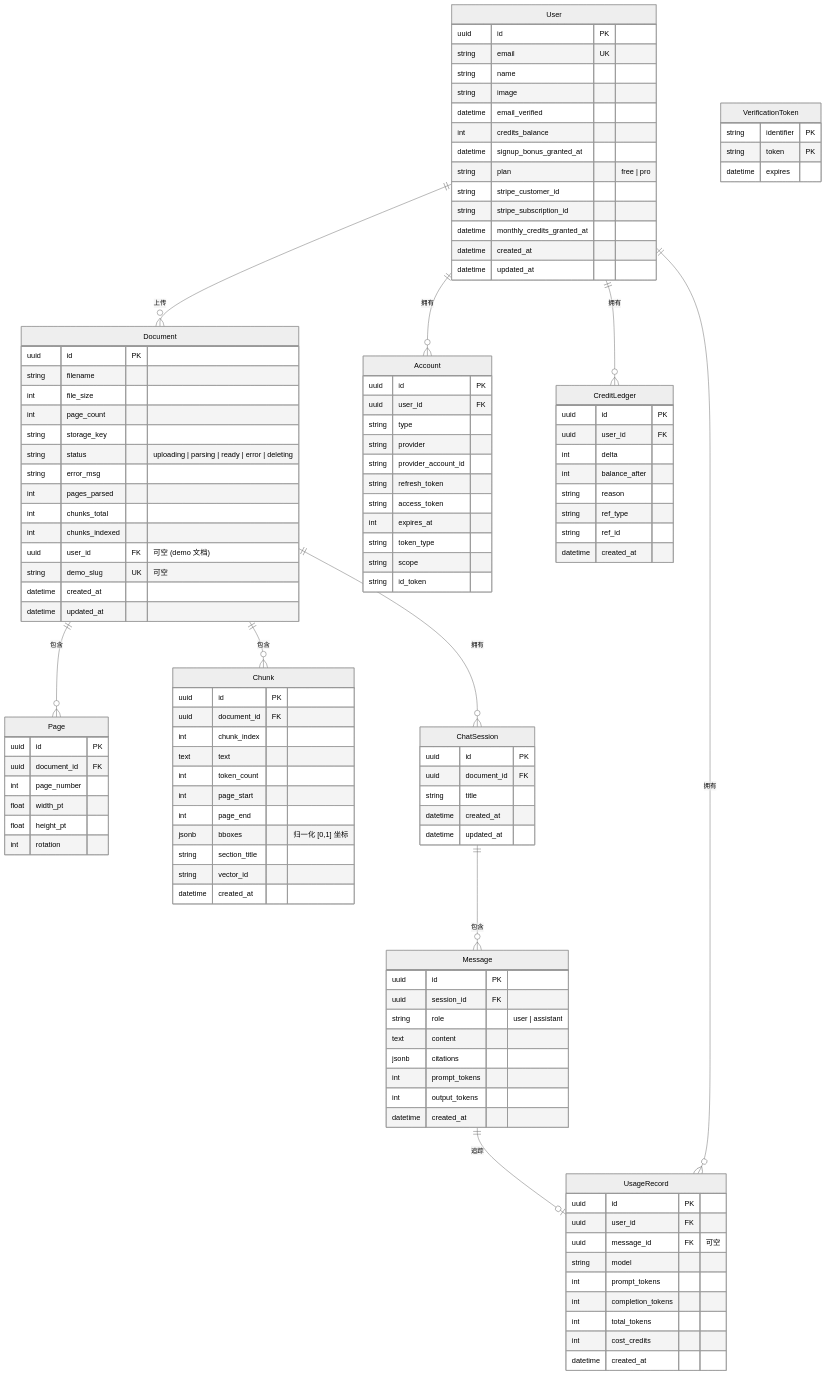
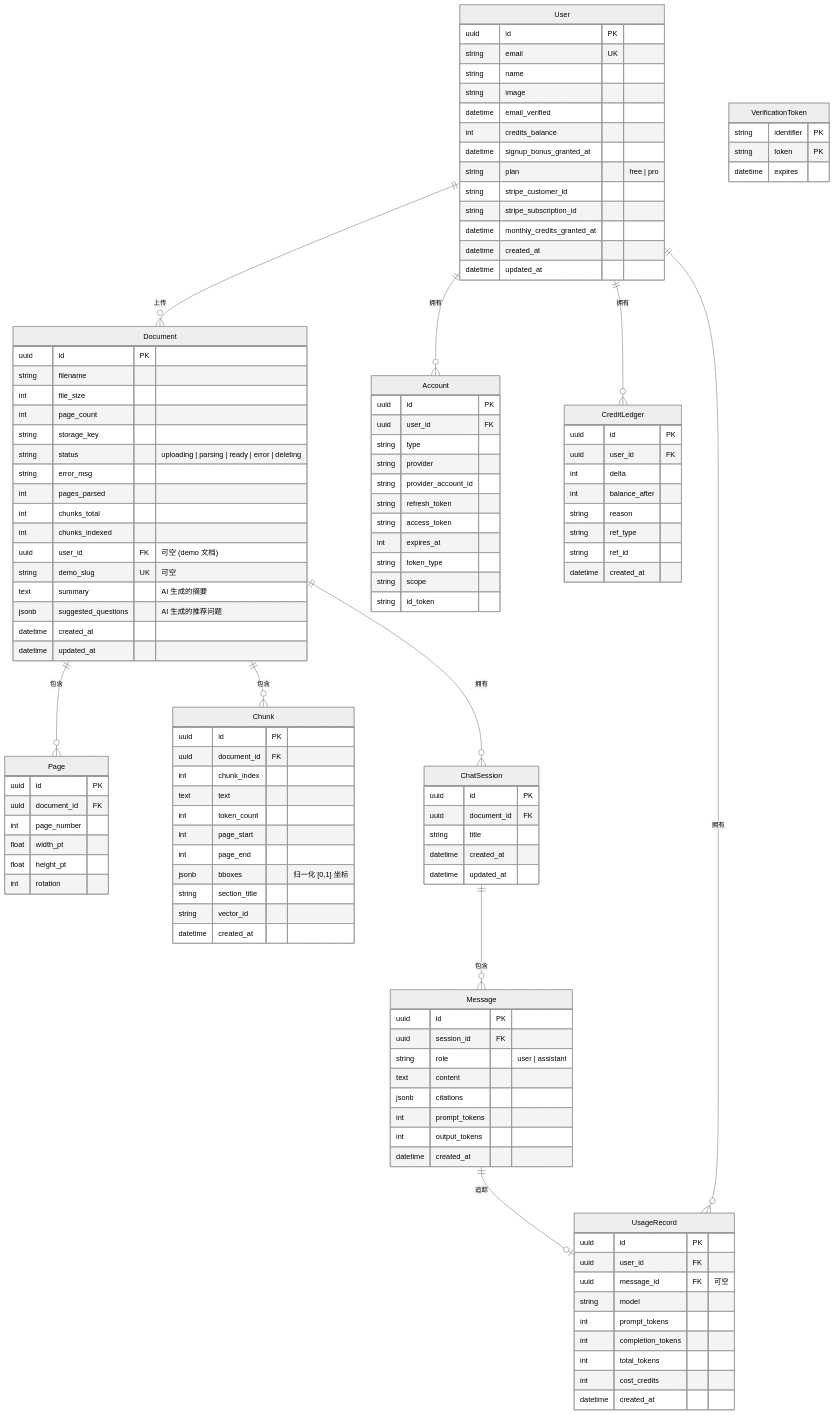
One commit to Rswcf/DocTalk changed the sixth of 8 diagrams in docs/ARCHITECTURE.zh.md. Above: the diagram before and after it, drawn with Mermaid (neutral theme). The commit also changed other lines of this file and 4 other files, not shown here.

```diff
--- a/docs/ARCHITECTURE.zh.md
+++ b/docs/ARCHITECTURE.zh.md
@@ -347,6 +355,8 @@
         int chunks_indexed
         uuid user_id FK "可空 (demo 文档)"
         string demo_slug UK "可空"
+        text summary "AI 生成的摘要"
+        jsonb suggested_questions "AI 生成的推荐问题"
         datetime created_at
         datetime updated_at
     }
```
